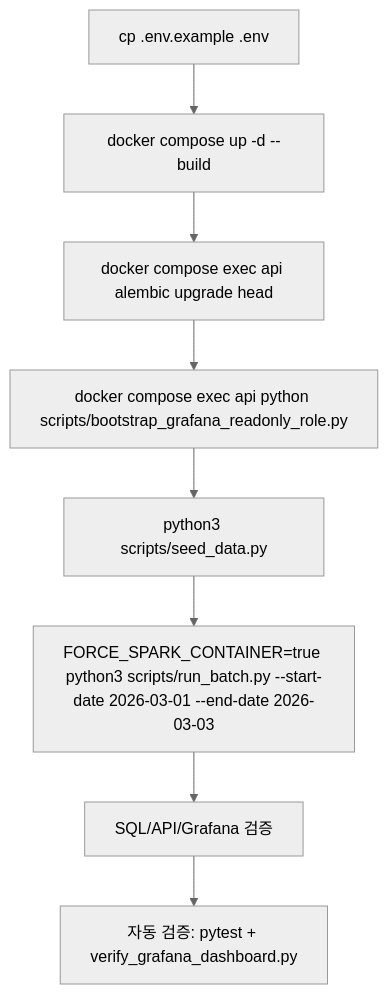
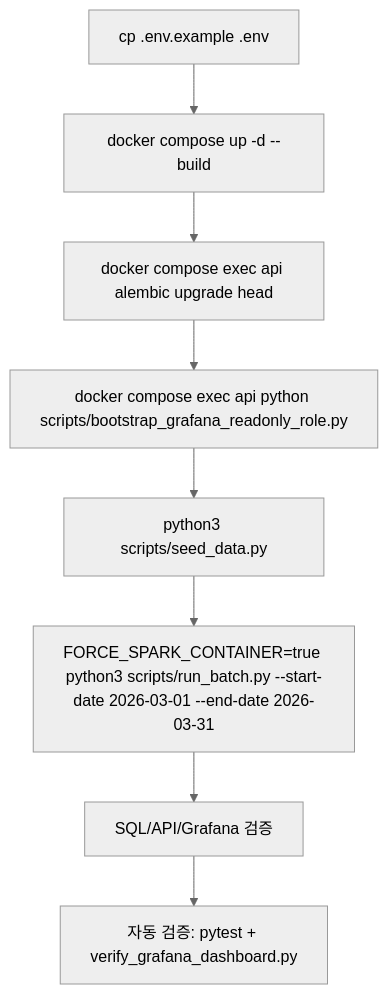
Before and after one commit to luke0408/pyspart-test: the second of 2 diagrams in docs/structure.md, drawn with Mermaid (neutral theme). The commit also changed other lines of this file and 7 other files, not shown here.

````diff
--- a/docs/structure.md
+++ b/docs/structure.md
@@ -58,10 +59,10 @@
 ```mermaid
 flowchart TD
   A[cp .env.example .env] --> B[docker compose up -d --build]
   B --> C[docker compose exec api alembic upgrade head]
   C --> D[docker compose exec api python scripts/bootstrap_grafana_readonly_role.py]
   D --> E[python3 scripts/seed_data.py]
-  E --> F[FORCE_SPARK_CONTAINER=true python3 scripts/run_batch.py --start-date 2026-03-01 --end-date 2026-03-03]
+  E --> F[FORCE_SPARK_CONTAINER=true python3 scripts/run_batch.py --start-date 2026-03-01 --end-date 2026-03-31]
   F --> G[SQL/API/Grafana 검증]
   G --> H[자동 검증: pytest + verify_grafana_dashboard.py]
 ```
````
